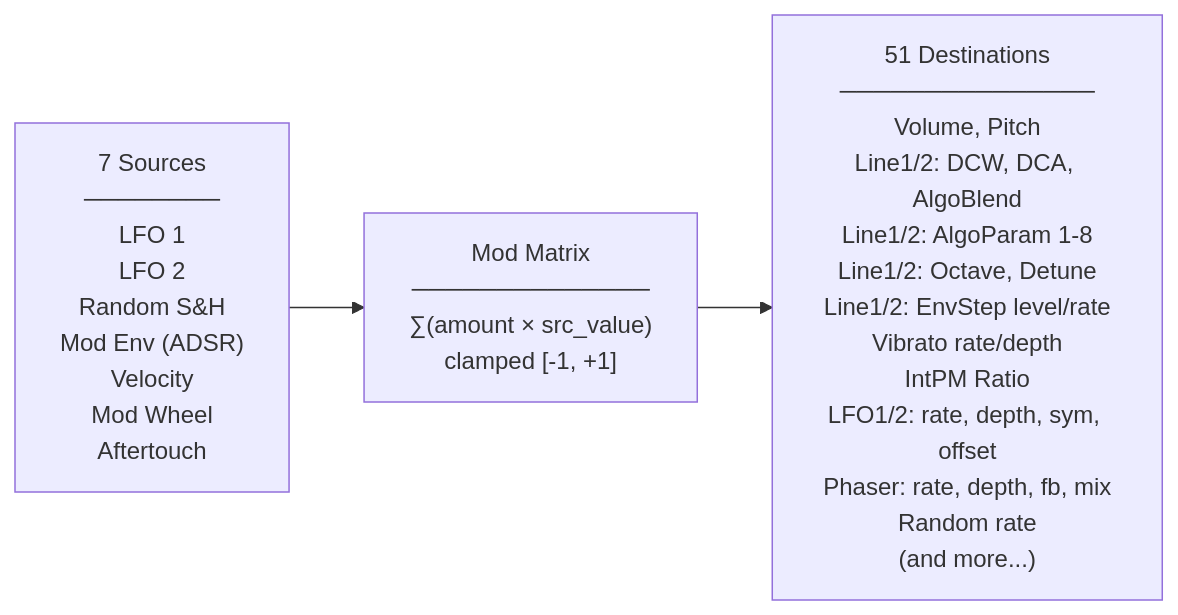
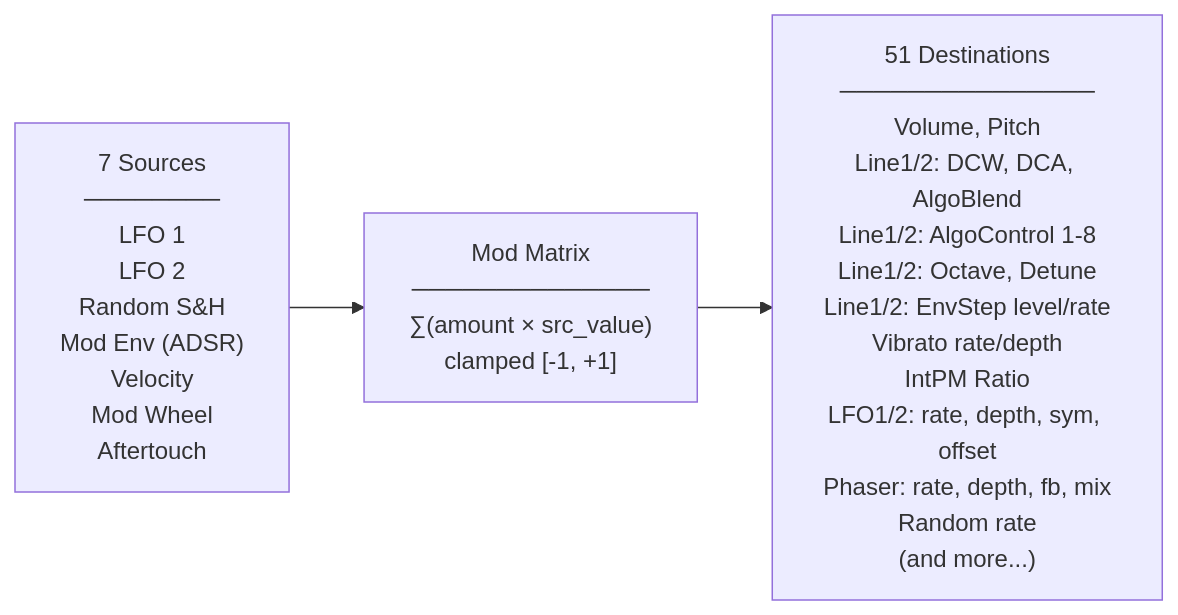
One commit to fpbrault/cosmo-pd changed the fifth of 6 diagrams in packages/cosmo-synth-engine/COSMO_ENGINE.md. Above: the diagram before and after it, drawn with Mermaid. The commit also changed 74 other files, not shown here.

````diff
--- a/packages/cosmo-synth-engine/COSMO_ENGINE.md
+++ b/packages/cosmo-synth-engine/COSMO_ENGINE.md
@@ -277,5 +277,5 @@
 ```mermaid
 flowchart LR
     src["7 Sources<br/>────────<br/>LFO 1<br/>LFO 2<br/>Random S&H<br/>Mod Env (ADSR)<br/>Velocity<br/>Mod Wheel<br/>Aftertouch"] --> MAT["Mod Matrix<br/>──────────────<br/>∑(amount × src_value)<br/>clamped [-1, +1]"]
-    MAT --> dest["51 Destinations<br/>───────────────<br/>Volume, Pitch<br/>Line1/2: DCW, DCA, AlgoBlend<br/>Line1/2: AlgoParam 1-8<br/>Line1/2: Octave, Detune<br/>Line1/2: EnvStep level/rate<br/>Vibrato rate/depth<br/>IntPM Ratio<br/>LFO1/2: rate, depth, sym, offset<br/>Phaser: rate, depth, fb, mix<br/>Random rate<br/>(and more...)"]
+    MAT --> dest["51 Destinations<br/>───────────────<br/>Volume, Pitch<br/>Line1/2: DCW, DCA, AlgoBlend<br/>Line1/2: AlgoControl 1-8<br/>Line1/2: Octave, Detune<br/>Line1/2: EnvStep level/rate<br/>Vibrato rate/depth<br/>IntPM Ratio<br/>LFO1/2: rate, depth, sym, offset<br/>Phaser: rate, depth, fb, mix<br/>Random rate<br/>(and more...)"]
 ```
````
